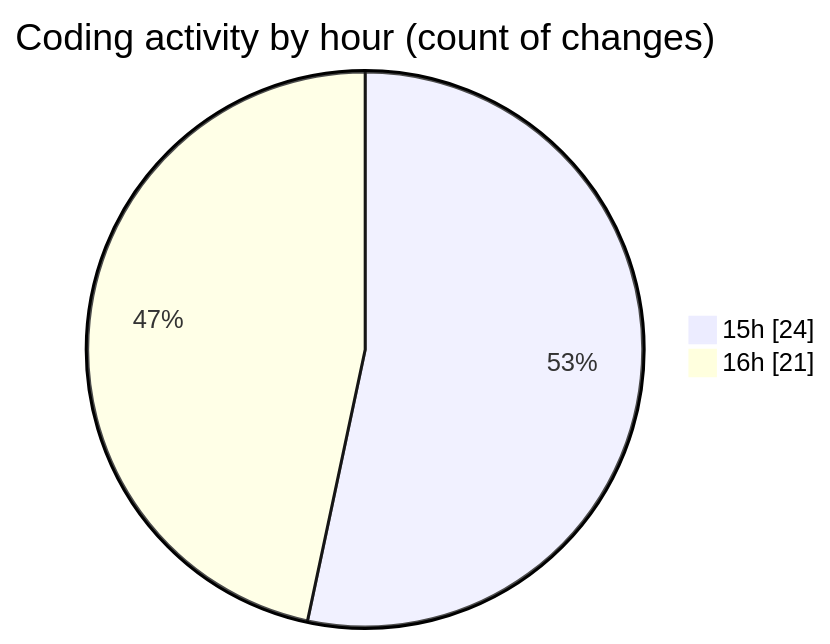
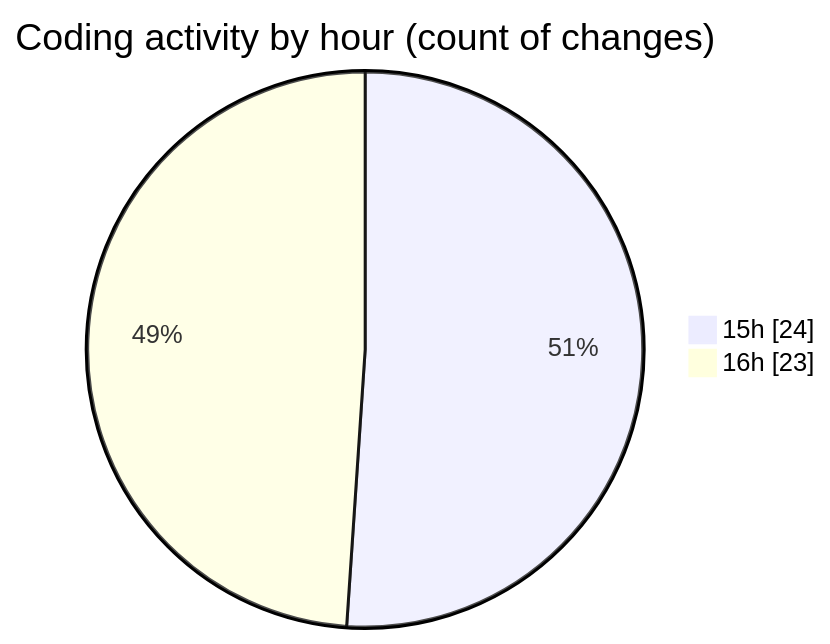
Before and after one commit to EIIisD/code-tracking: the second of 2 diagrams in 2025-07-31/tw-server/README.md, drawn with Mermaid. The commit also changed other lines of this file and 1 other file, not shown here.

````diff
--- a/2025-07-31/tw-server/README.md
+++ b/2025-07-31/tw-server/README.md
@@ -39,6 +40,6 @@
 ```mermaid
 pie showData
 title Coding activity by hour (count of changes)
 "15h" : 24
-"16h" : 21
+"16h" : 23
 ```
````
